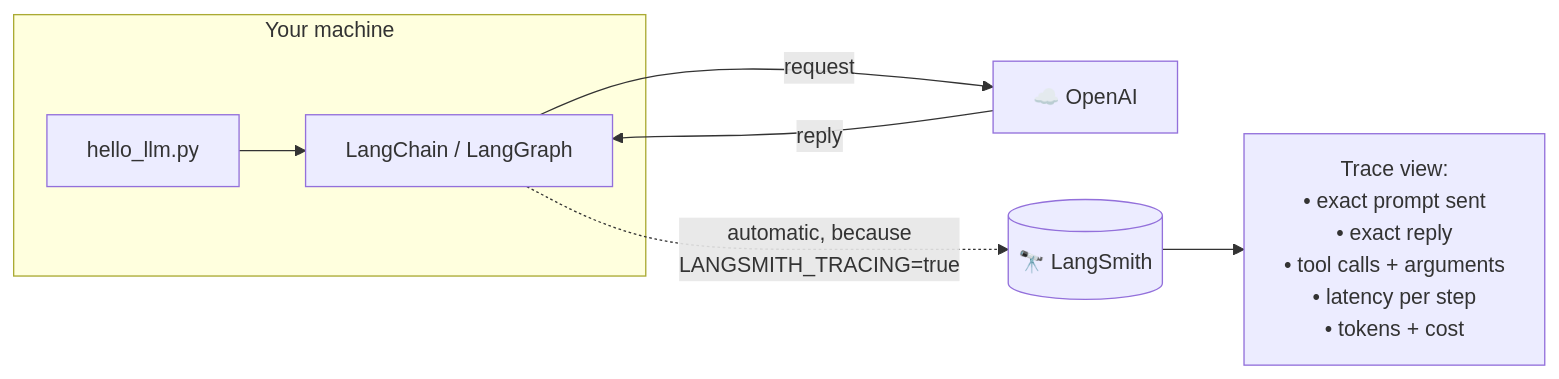
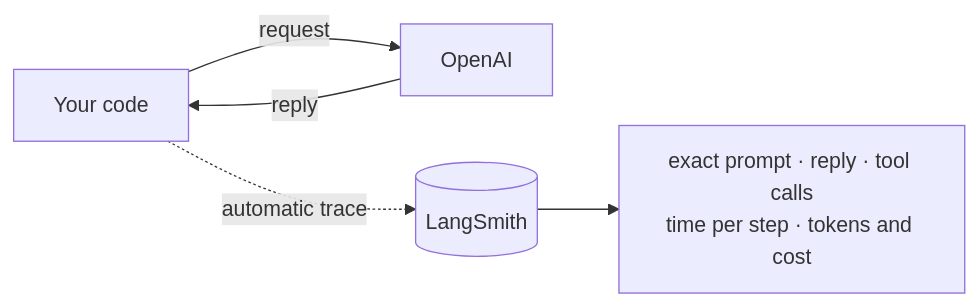
The fifth of 7 diagrams in notes/module-0.0.md (shivashankarhatkar/GraphSmith-), drawn with Mermaid before and after one commit. The commit also changed other lines of this file, not shown here.

````diff
--- a/notes/module-0.0.md
+++ b/notes/module-0.0.md
@@ -454,10 +214,7 @@
 ```mermaid
 flowchart LR
-    subgraph YOURS["Your machine"]
-        PY["hello_llm.py"] --> LCX["LangChain / LangGraph"]
-    end
-    LCX -->|"request"| OAI["☁️ OpenAI"]
-    OAI -->|"reply"| LCX
-    LCX -.->|"automatic, because<br/>LANGSMITH_TRACING=true"| LSX[("🔭 LangSmith")]
-    LSX --> VIEW["Trace view:<br/>• exact prompt sent<br/>• exact reply<br/>• tool calls + arguments<br/>• latency per step<br/>• tokens + cost"]
+    PY["Your code"] -->|"request"| OAI["OpenAI"]
+    OAI -->|"reply"| PY
+    PY -.->|"automatic trace"| LSX[("LangSmith")]
+    LSX --> V["exact prompt · reply · tool calls<br/>time per step · tokens and cost"]
 ```
````
